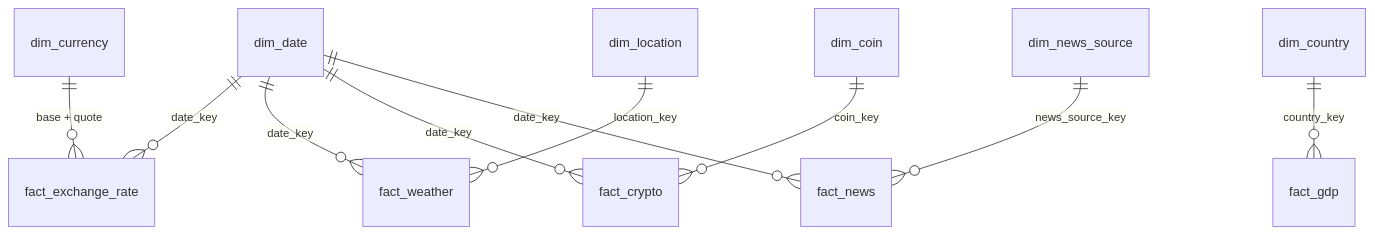
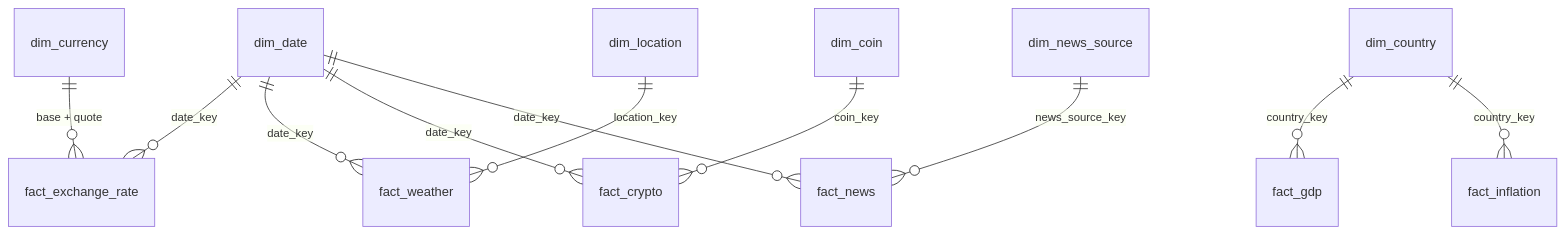
Before and after one commit to Charis-Opol/Global-Economic-Intelligence-Platform: the second of 2 diagrams in global-econ-intel/docs/ARCHITECTURE.md, drawn with Mermaid. The commit also changed other lines of this file and 147 other files, not shown here.

````diff
--- a/global-econ-intel/docs/ARCHITECTURE.md
+++ b/global-econ-intel/docs/ARCHITECTURE.md
@@ -76,12 +76,13 @@
 ```mermaid
 erDiagram
     dim_date        ||--o{ fact_exchange_rate : date_key
     dim_date        ||--o{ fact_weather       : date_key
     dim_date        ||--o{ fact_crypto        : date_key
     dim_date        ||--o{ fact_news          : date_key
     dim_currency    ||--o{ fact_exchange_rate : "base + quote"
     dim_location    ||--o{ fact_weather       : location_key
     dim_coin        ||--o{ fact_crypto        : coin_key
     dim_news_source ||--o{ fact_news          : news_source_key
     dim_country     ||--o{ fact_gdp           : country_key
+    dim_country     ||--o{ fact_inflation     : country_key
 ```
````
